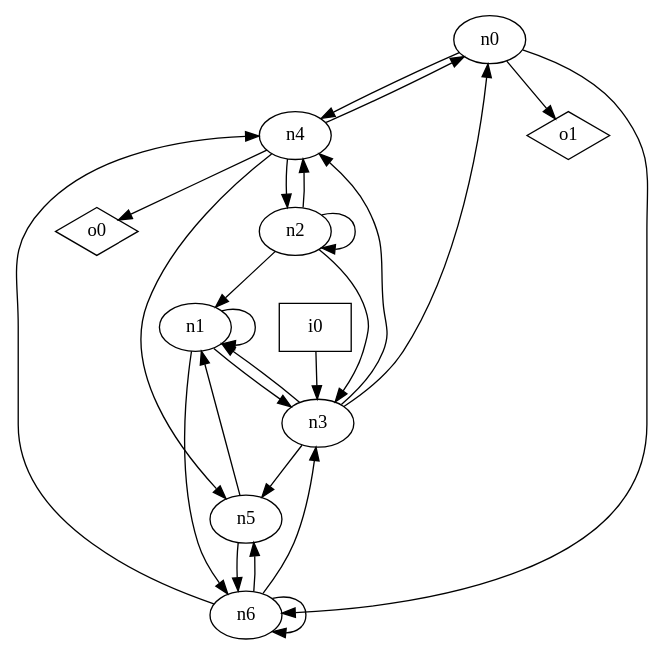
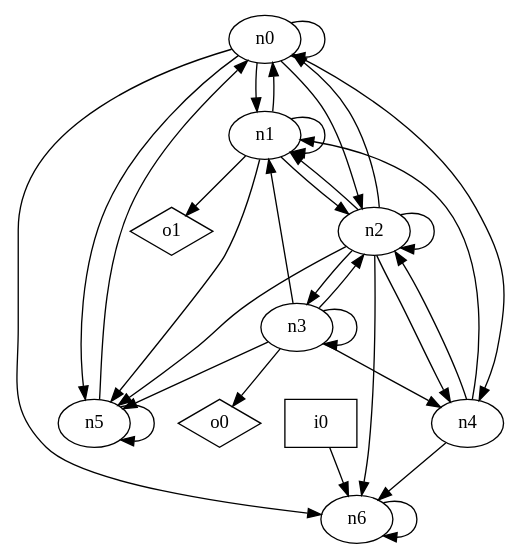
Before and after one commit to p9romain/bool-circuits: the diagram in dot_files/bool_circ/random.dot, drawn with Graphviz. The commit also changed 84 other files, not shown here.

```diff
--- a/dot_files/bool_circ/random.dot
+++ b/dot_files/bool_circ/random.dot
@@ -1,37 +1,43 @@
 digraph G {
 n0 [label="n0"];
 n1 [label="n1"];
 n2 [label="n2"];
 n3 [label="n3"];
 n4 [label="n4"];
 n5 [label="n5"];
 n6 [label="n6"];
 n7 [label="i0",shape="box"];
 n8 [label="o0",shape="diamond"];
 n9 [label="o1",shape="diamond"];
+n0 -> n0
+n0 -> n1
+n0 -> n2
 n0 -> n4
+n0 -> n5
 n0 -> n6
-n0 -> n9
+n1 -> n0
 n1 -> n1
-n1 -> n3
-n1 -> n6
+n1 -> n2
+n1 -> n5
+n1 -> n9
+n2 -> n0
 n2 -> n1
 n2 -> n2
 n2 -> n3
 n2 -> n4
-n3 -> n0
+n2 -> n5
+n2 -> n6
 n3 -> n1
+n3 -> n2
+n3 -> n3
 n3 -> n4
 n3 -> n5
-n4 -> n0
+n3 -> n8
+n4 -> n1
 n4 -> n2
-n4 -> n5
-n4 -> n8
-n5 -> n1
-n5 -> n6
-n6 -> n3
-n6 -> n4
-n6 -> n5
+n4 -> n6
+n5 -> n0
+n5 -> n5
 n6 -> n6
-n7 -> n3
+n7 -> n6
 }
```
